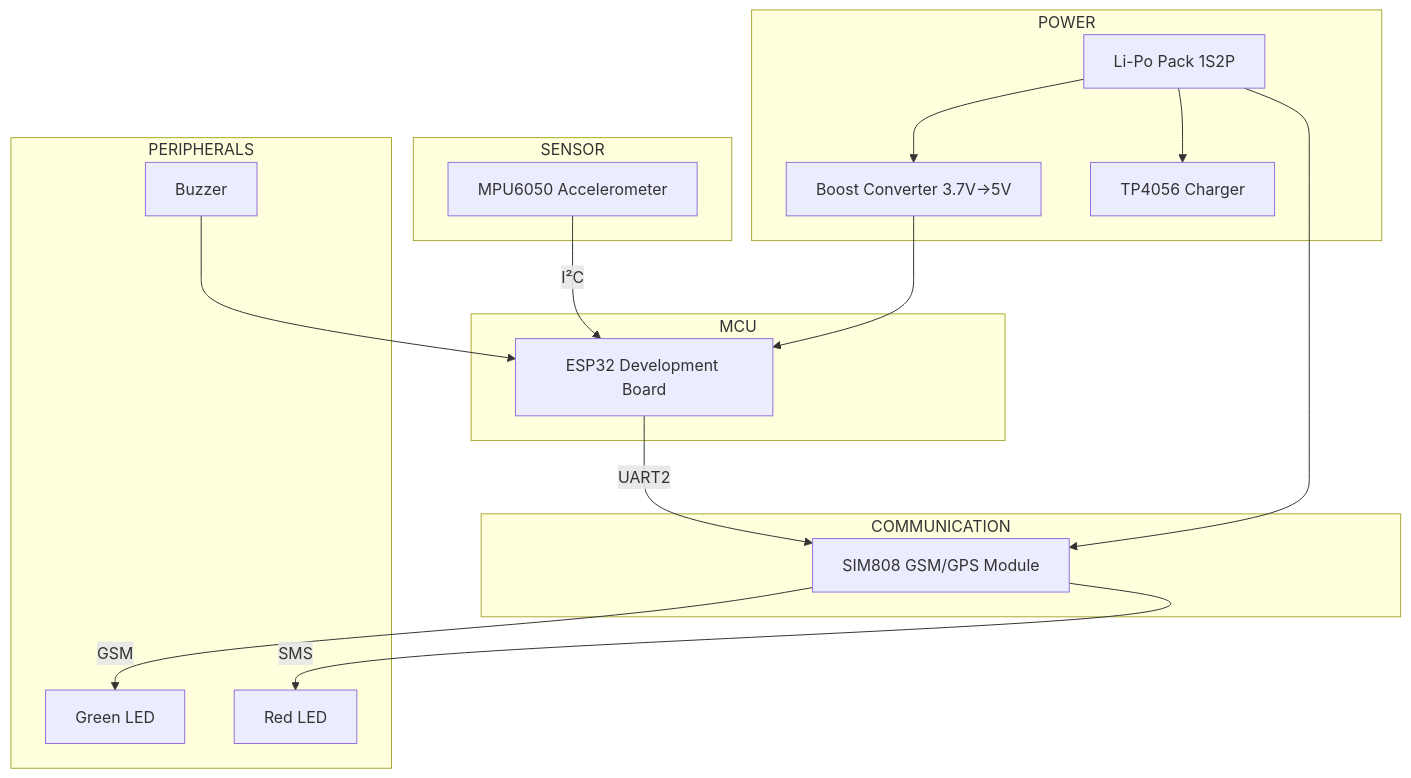
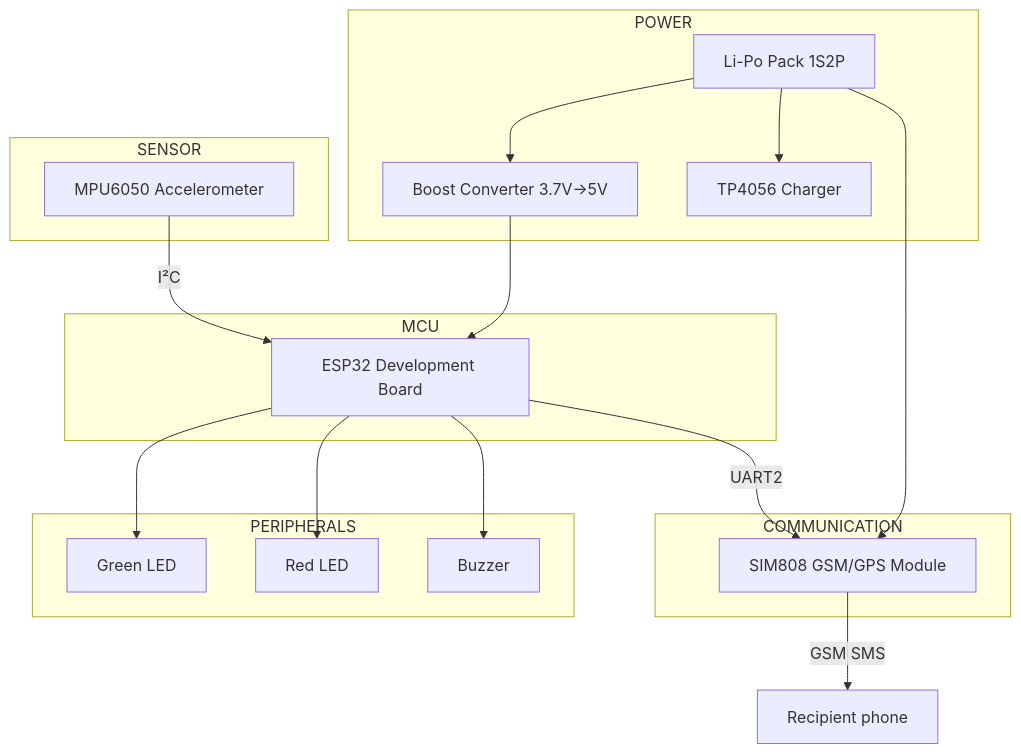
The first of 8 diagrams in docs/SYSTEM-ARCHITECTURE.md (qppd/smart-vehicle-impact-detection-device), drawn with Mermaid before and after one commit. The commit also changed other lines of this file and 10 other files, not shown here.

````diff
--- a/docs/SYSTEM-ARCHITECTURE.md
+++ b/docs/SYSTEM-ARCHITECTURE.md
@@ -22,36 +23,37 @@
 ```mermaid
 graph TB
     subgraph SENSOR["SENSOR"]
         MPU6050["MPU6050 Accelerometer"]
     end
 
     subgraph MCU["MCU"]
         ESP32["ESP32 Development Board"]
     end
 
     subgraph COMM["COMMUNICATION"]
         SIM808["SIM808 GSM/GPS Module"]
     end
 
     subgraph PERIPH["PERIPHERALS"]
         GREEN["Green LED"]
         RED["Red LED"]
         BUZZ["Buzzer"]
     end
 
     subgraph POWER["POWER"]
         BAT["Li-Po Pack 1S2P"]
         BOOST["Boost Converter 3.7V→5V"]
         TP4056["TP4056 Charger"]
     end
 
     MPU6050 -- "I²C" --> ESP32
     ESP32 -- "UART2" --> SIM808
-    SIM808 -- "GSM" --> GREEN
-    SIM808 -- "SMS" --> RED
-    BUZZ --> ESP32
+    SIM808 -- "GSM SMS" --> PHONE["Recipient phone"]
+    ESP32 --> GREEN
+    ESP32 --> RED
+    ESP32 --> BUZZ
     BAT --> BOOST
     BAT --> TP4056
     BAT --> SIM808
     BOOST --> ESP32
 ```
````
